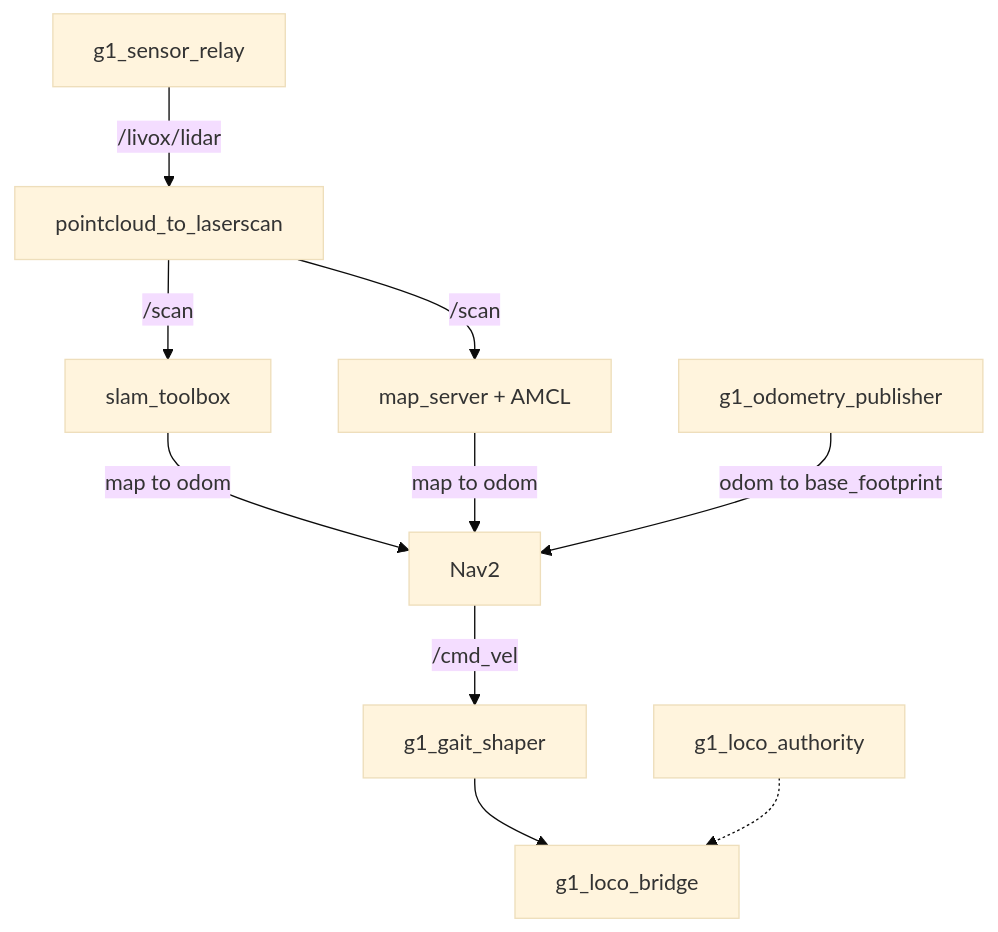
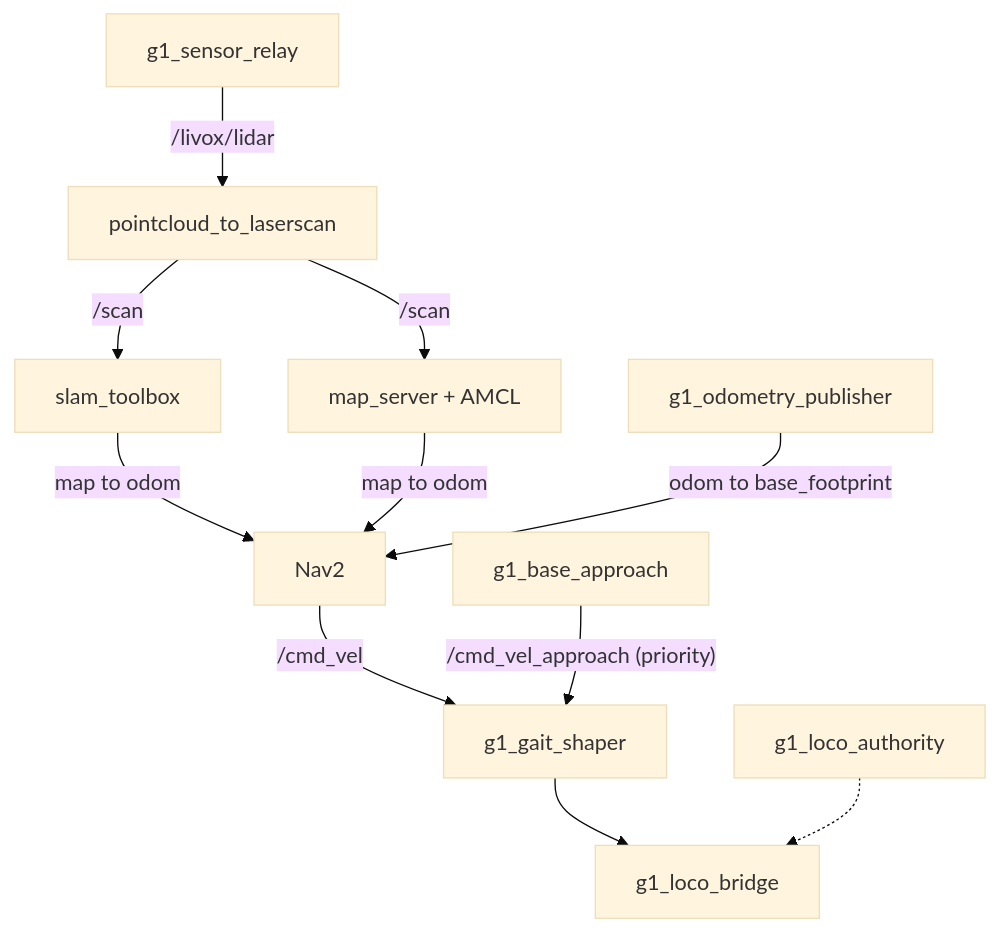
Before and after one commit to Adyansh04/grove-g1: the diagram in workspace/src/g1_navigation/README.md, drawn with Mermaid (base theme). The commit also changed other lines of this file and 3 other files, not shown here.

Commit message:
Document the base approach across the package READMEs

````diff
--- a/workspace/src/g1_navigation/README.md
+++ b/workspace/src/g1_navigation/README.md
@@ -8,12 +8,13 @@
 ```mermaid
 flowchart TB
     RELAY["g1_sensor_relay"] -- "/livox/lidar" --> SCAN["pointcloud_to_laserscan"]
     SCAN -- "/scan" --> SLAM["slam_toolbox"]
     SCAN -- "/scan" --> AMCL["map_server + AMCL"]
     SLAM -- "map to odom" --> NAV2
     AMCL -- "map to odom" --> NAV2
     ODOM["g1_odometry_publisher"] -- "odom to base_footprint" --> NAV2
     NAV2["Nav2"] -- "/cmd_vel" --> SHAPE["g1_gait_shaper"]
+    APPR["g1_base_approach"] -- "/cmd_vel_approach (priority)" --> SHAPE
     SHAPE --> BRIDGE["g1_loco_bridge"]
     AUTH["g1_loco_authority"] -.-> BRIDGE
 ```
````
